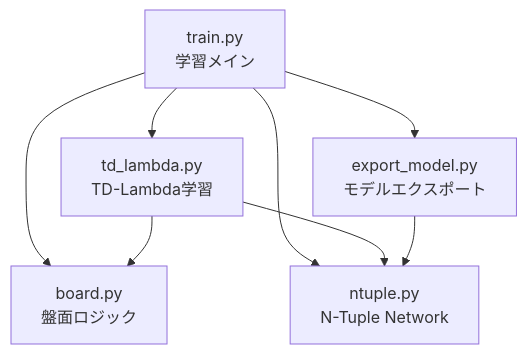
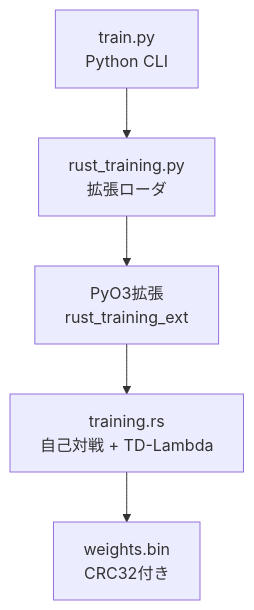
One commit to omoch1-2357/Reversi changed the third of 6 diagrams in docs/DESIGN.md. Above: the diagram before and after it, drawn with Mermaid. The commit also changed other lines of this file and 17 other files, not shown here.

Commit message:
feat(training): move training pipeline into rust core

````diff
--- a/docs/DESIGN.md
+++ b/docs/DESIGN.md
@@ -519,10 +519,7 @@
 ```mermaid
 graph TD
-    TRAIN[train.py<br/>学習メイン] --> BOARD_PY[board.py<br/>盤面ロジック]
-    TRAIN --> NTUPLE_PY[ntuple.py<br/>N-Tuple Network]
-    TRAIN --> TD[td_lambda.py<br/>TD-Lambda学習]
-    TD --> NTUPLE_PY
-    TD --> BOARD_PY
-    TRAIN --> EXPORT[export_model.py<br/>モデルエクスポート]
-    EXPORT --> NTUPLE_PY
+    TRAIN[train.py<br/>Python CLI] --> PY_BRIDGE[rust_training.py<br/>拡張ローダ]
+    PY_BRIDGE --> PYO3[PyO3拡張<br/>rust_training_ext]
+    PYO3 --> RUST_TRAIN[training.rs<br/>自己対戦 + TD-Lambda]
+    RUST_TRAIN --> BIN[weights.bin<br/>CRC32付き]
 ```
````
